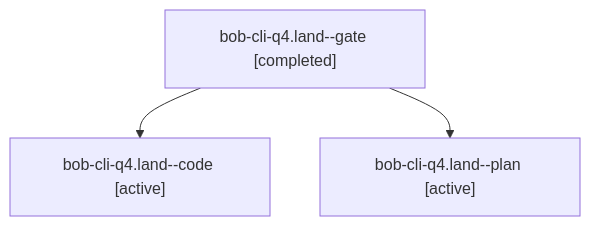
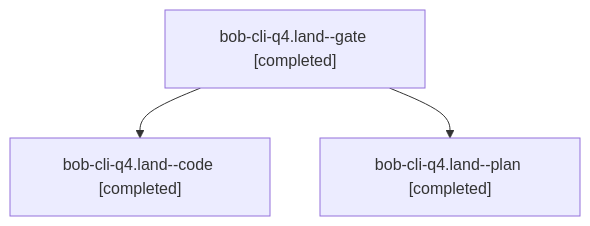
The diagram in sessions/bbugyi200.athena.bob-cli-q4.land.md (bobs-org/bob-cli--agents), drawn with Mermaid before and after one commit. The commit also changed other lines of this file and 153 other files, not shown here.

````diff
--- a/sessions/bbugyi200.athena.bob-cli-q4.land.md
+++ b/sessions/bbugyi200.athena.bob-cli-q4.land.md
@@ -9,8 +9,8 @@
 ```mermaid
 flowchart TD
   n0["bob-cli-q4.land--gate [completed]"]
-  n1["bob-cli-q4.land--code [active]"]
+  n1["bob-cli-q4.land--code [completed]"]
   n0 --> n1
-  n2["bob-cli-q4.land--plan [active]"]
+  n2["bob-cli-q4.land--plan [completed]"]
   n0 --> n2
 ```
````
